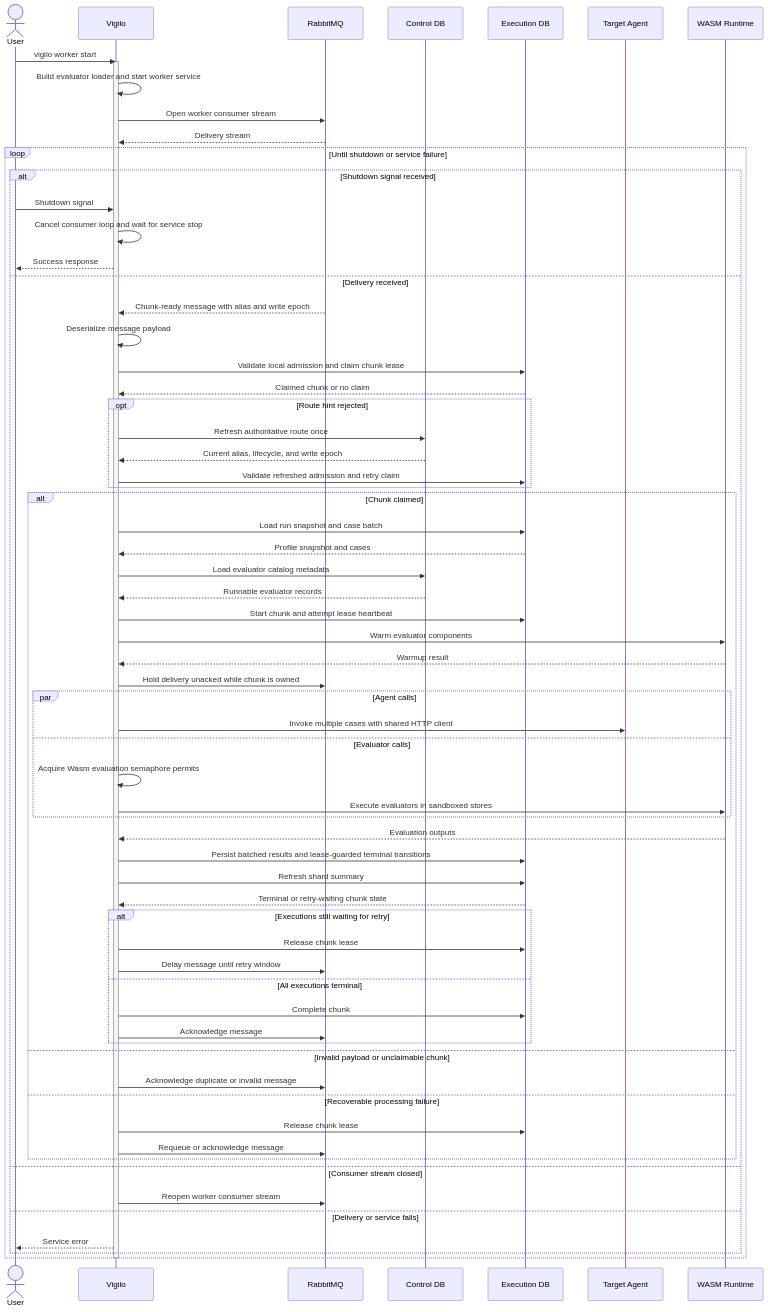
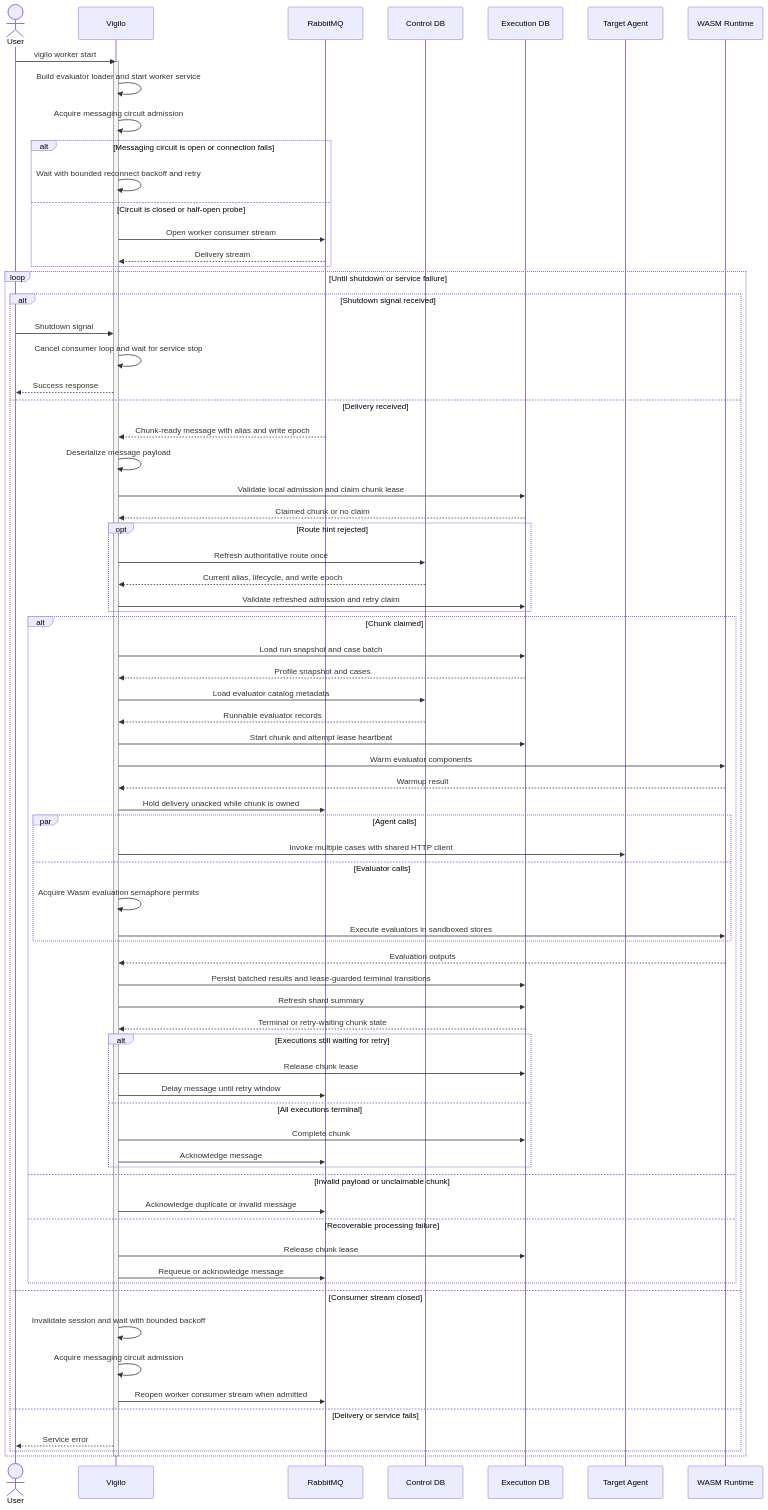
Before and after one commit to gregl83/agent-vigilo: the diagram in web/docs/architecture/flows/worker/start/execution-flow.mmd, drawn with Mermaid. The commit also changed 26 other files, not shown here.

```diff
--- a/web/docs/architecture/flows/worker/start/execution-flow.mmd
+++ b/web/docs/architecture/flows/worker/start/execution-flow.mmd
@@ -1,79 +1,86 @@
 ---
 config:
   flowchart:
     nodeSpacing: 150
     rankSpacing: 80
   themeVariables:
     edgeLabelBackground: 'transparent'
 ---
 sequenceDiagram
     actor User
     participant Vigilo
     participant Queue as RabbitMQ
     participant ControlDB as Control DB
     participant ExecutionDB as Execution DB
     participant Agent as Target Agent
     participant WASM as WASM Runtime
 
     User->>Vigilo: vigilo worker start
     activate Vigilo
     Vigilo->>Vigilo: Build evaluator loader and start worker service
-    Vigilo->>Queue: Open worker consumer stream
-    Queue-->>Vigilo: Delivery stream
+    Vigilo->>Vigilo: Acquire messaging circuit admission
+    alt Messaging circuit is open or connection fails
+        Vigilo->>Vigilo: Wait with bounded reconnect backoff and retry
+    else Circuit is closed or half-open probe
+        Vigilo->>Queue: Open worker consumer stream
+        Queue-->>Vigilo: Delivery stream
+    end
 
     loop Until shutdown or service failure
         alt Shutdown signal received
             User->>Vigilo: Shutdown signal
             Vigilo->>Vigilo: Cancel consumer loop and wait for service stop
             Vigilo-->>User: Success response
         else Delivery received
             Queue-->>Vigilo: Chunk-ready message with alias and write epoch
             Vigilo->>Vigilo: Deserialize message payload
             Vigilo->>ExecutionDB: Validate local admission and claim chunk lease
             ExecutionDB-->>Vigilo: Claimed chunk or no claim
 
             opt Route hint rejected
                 Vigilo->>ControlDB: Refresh authoritative route once
                 ControlDB-->>Vigilo: Current alias, lifecycle, and write epoch
                 Vigilo->>ExecutionDB: Validate refreshed admission and retry claim
             end
 
             alt Chunk claimed
                 Vigilo->>ExecutionDB: Load run snapshot and case batch
                 ExecutionDB-->>Vigilo: Profile snapshot and cases
                 Vigilo->>ControlDB: Load evaluator catalog metadata
                 ControlDB-->>Vigilo: Runnable evaluator records
                 Vigilo->>ExecutionDB: Start chunk and attempt lease heartbeat
                 Vigilo->>WASM: Warm evaluator components
                 WASM-->>Vigilo: Warmup result
                 Vigilo->>Queue: Hold delivery unacked while chunk is owned
                 par Agent calls
                     Vigilo->>Agent: Invoke multiple cases with shared HTTP client
                 and Evaluator calls
                     Vigilo->>Vigilo: Acquire Wasm evaluation semaphore permits
                     Vigilo->>WASM: Execute evaluators in sandboxed stores
                 end
                 WASM-->>Vigilo: Evaluation outputs
                 Vigilo->>ExecutionDB: Persist batched results and lease-guarded terminal transitions
                 Vigilo->>ExecutionDB: Refresh shard summary
                 ExecutionDB-->>Vigilo: Terminal or retry-waiting chunk state
                 alt Executions still waiting for retry
                     Vigilo->>ExecutionDB: Release chunk lease
                     Vigilo->>Queue: Delay message until retry window
                 else All executions terminal
                     Vigilo->>ExecutionDB: Complete chunk
                     Vigilo->>Queue: Acknowledge message
                 end
             else Invalid payload or unclaimable chunk
                 Vigilo->>Queue: Acknowledge duplicate or invalid message
             else Recoverable processing failure
                 Vigilo->>ExecutionDB: Release chunk lease
                 Vigilo->>Queue: Requeue or acknowledge message
             end
         else Consumer stream closed
-            Vigilo->>Queue: Reopen worker consumer stream
+            Vigilo->>Vigilo: Invalidate session and wait with bounded backoff
+            Vigilo->>Vigilo: Acquire messaging circuit admission
+            Vigilo->>Queue: Reopen worker consumer stream when admitted
         else Delivery or service fails
             Vigilo-->>User: Service error
         end
     end
     deactivate Vigilo
```
